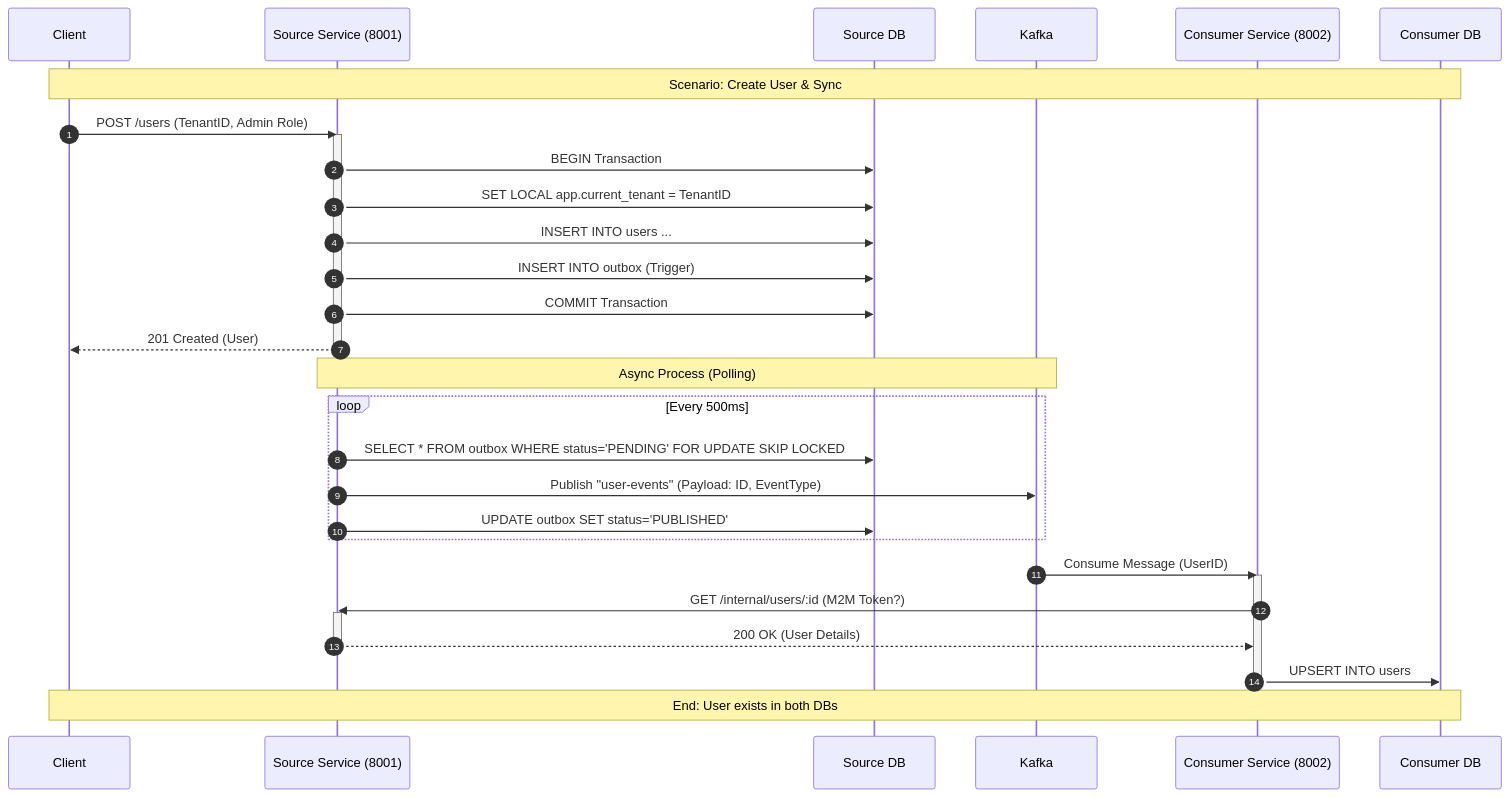
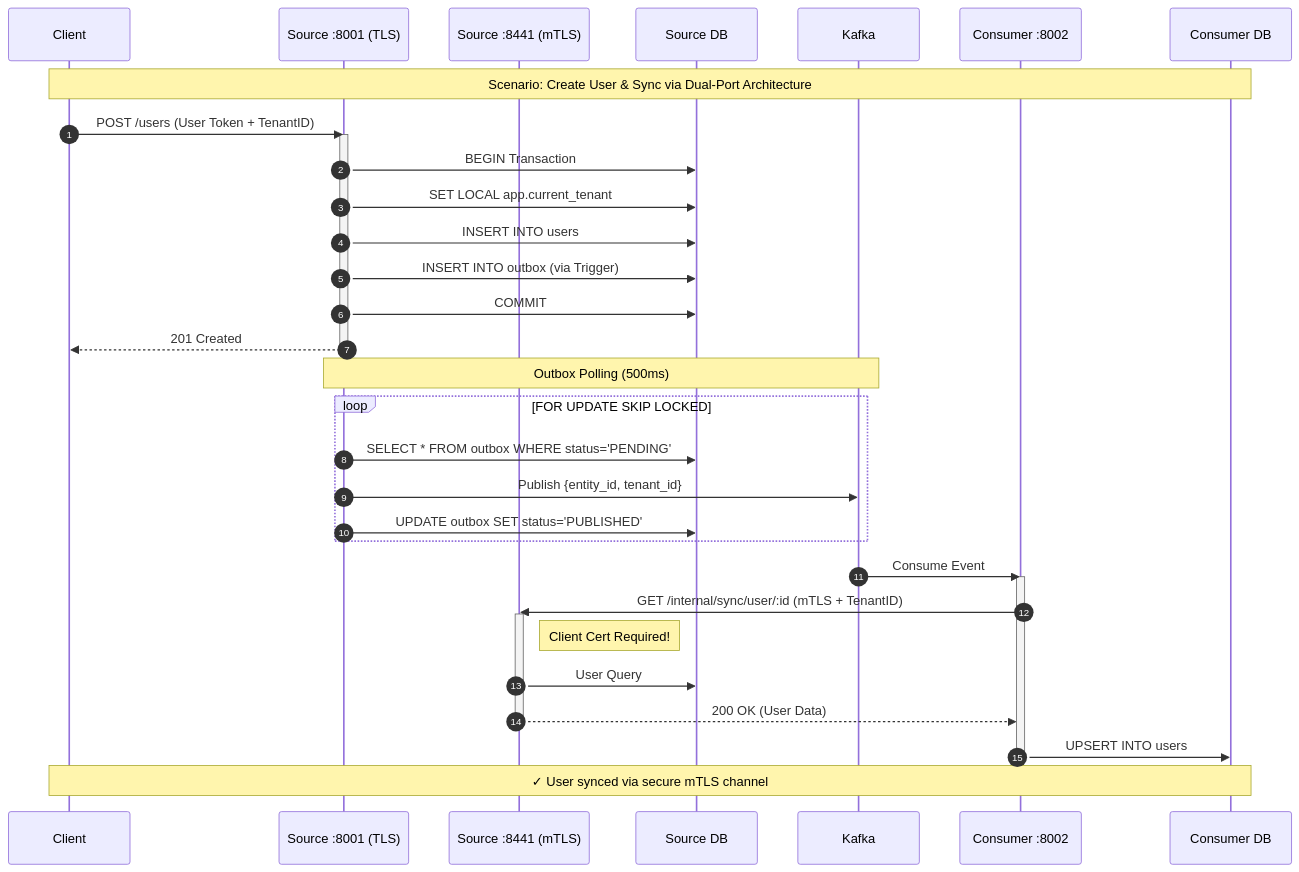
The second of 2 diagrams in demo/README.md (phuongbv00/multi-tenant-data-sync-demo), drawn with Mermaid before and after one commit. The commit also changed other lines of this file and 11 other files, not shown here.

````diff
--- a/demo/README.md
+++ b/demo/README.md
@@ -96,41 +114,44 @@
 ```mermaid
 sequenceDiagram
     autonumber
     participant Client
-    participant SourceService as Source Service (8001)
+    participant TLS as Source :8001 (TLS)
+    participant mTLS as Source :8441 (mTLS)
     participant SourceDB as Source DB
     participant Kafka
-    participant ConsumerService as Consumer Service (8002)
+    participant Consumer as Consumer :8002
     participant ConsumerDB as Consumer DB
 
-    Note over Client, ConsumerDB: Scenario: Create User & Sync
+    Note over Client, ConsumerDB: Scenario: Create User & Sync via Dual-Port Architecture
 
-    Client->>SourceService: POST /users (TenantID, Admin Role)
-    activate SourceService
-    SourceService->>SourceDB: BEGIN Transaction
-    SourceService->>SourceDB: SET LOCAL app.current_tenant = TenantID
-    SourceService->>SourceDB: INSERT INTO users ...
-    SourceService->>SourceDB: INSERT INTO outbox (Trigger)
-    SourceService->>SourceDB: COMMIT Transaction
-    SourceService-->>Client: 201 Created (User)
-    deactivate SourceService
+    Client->>TLS: POST /users (User Token + TenantID)
+    activate TLS
+    TLS->>SourceDB: BEGIN Transaction
+    TLS->>SourceDB: SET LOCAL app.current_tenant
+    TLS->>SourceDB: INSERT INTO users
+    TLS->>SourceDB: INSERT INTO outbox (via Trigger)
+    TLS->>SourceDB: COMMIT
+    TLS-->>Client: 201 Created
+    deactivate TLS
 
-    Note over SourceService, Kafka: Async Process (Polling)
+    Note over TLS, Kafka: Outbox Polling (500ms)
 
-    loop Every 500ms
-        SourceService->>SourceDB: SELECT * FROM outbox WHERE status='PENDING' FOR UPDATE SKIP LOCKED
-        SourceService->>Kafka: Publish "user-events" (Payload: ID, EventType)
-        SourceService->>SourceDB: UPDATE outbox SET status='PUBLISHED'
+    loop FOR UPDATE SKIP LOCKED
+        TLS->>SourceDB: SELECT * FROM outbox WHERE status='PENDING'
+        TLS->>Kafka: Publish {entity_id, tenant_id}
+        TLS->>SourceDB: UPDATE outbox SET status='PUBLISHED'
     end
 
-    Kafka->>ConsumerService: Consume Message (UserID)
-    activate ConsumerService
-    ConsumerService->>SourceService: GET /internal/users/:id (M2M Token?)
-    activate SourceService
-    SourceService-->>ConsumerService: 200 OK (User Details)
-    deactivate SourceService
-    ConsumerService->>ConsumerDB: UPSERT INTO users
-    deactivate ConsumerService
+    Kafka->>Consumer: Consume Event
+    activate Consumer
+    Consumer->>mTLS: GET /internal/sync/user/:id (mTLS + TenantID)
+    activate mTLS
+    Note right of mTLS: Client Cert Required!
+    mTLS->>SourceDB: User Query
+    mTLS-->>Consumer: 200 OK (User Data)
+    deactivate mTLS
+    Consumer->>ConsumerDB: UPSERT INTO users
+    deactivate Consumer
 
-    Note over Client, ConsumerDB: End: User exists in both DBs
+    Note over Client, ConsumerDB: ✓ User synced via secure mTLS channel
 ```
````
